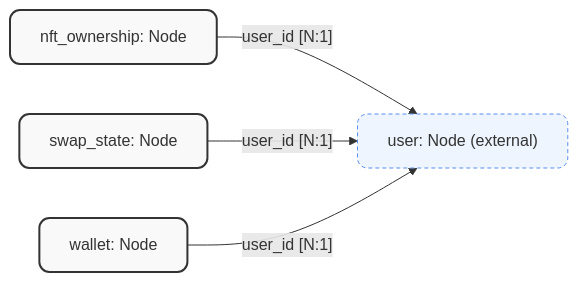
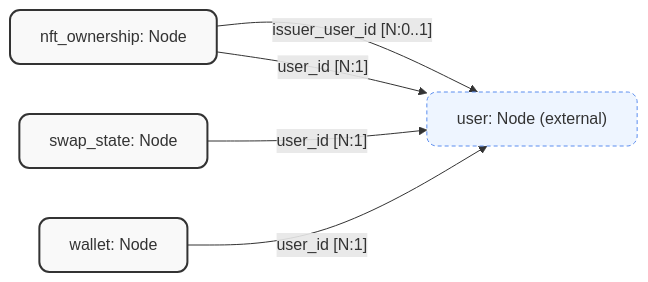
One commit to JadeZaher/azoa-autonomous-zones-of-action changed the diagram in Persistence/SurrealDb/Generated/Flowcharts/wallet_nft.flowchart.mermaid. Above: the diagram before and after it, drawn with Mermaid. The commit also changed 80 other files, not shown here.

```diff
--- a/Persistence/SurrealDb/Generated/Flowcharts/wallet_nft.flowchart.mermaid
+++ b/Persistence/SurrealDb/Generated/Flowcharts/wallet_nft.flowchart.mermaid
@@ -1,20 +1,21 @@
 graph LR
     %% Slice: wallet_nft
     %% GENERATED FILE -- do not edit. Source: SurrealDB schema attribute scan.
     %% Regenerate with: dotnet run --project packages/SurrealForge.Schema -- flowcharts
 
     %% Nodes in this slice
     nft_ownership["nft_ownership: Node"]:::nodeClass
     swap_state["swap_state: Node"]:::nodeClass
     wallet["wallet: Node"]:::nodeClass
 
     %% Cross-slice targets (rendered as ghost nodes)
     user["user: Node (external)"]:::externalNode
 
     %% Edges (outbound from this slice)
+    nft_ownership -- "issuer_user_id [N:0..1]" --> user
     nft_ownership -- "user_id [N:1]" --> user
     swap_state -- "user_id [N:1]" --> user
     wallet -- "user_id [N:1]" --> user
 
     classDef nodeClass fill:#f9f9f9,stroke:#333,stroke-width:2px,rx:10px,ry:10px;
     classDef externalNode fill:#eef5ff,stroke:#5b8def,stroke-width:1px,stroke-dasharray:4 3,rx:10px,ry:10px;
```
